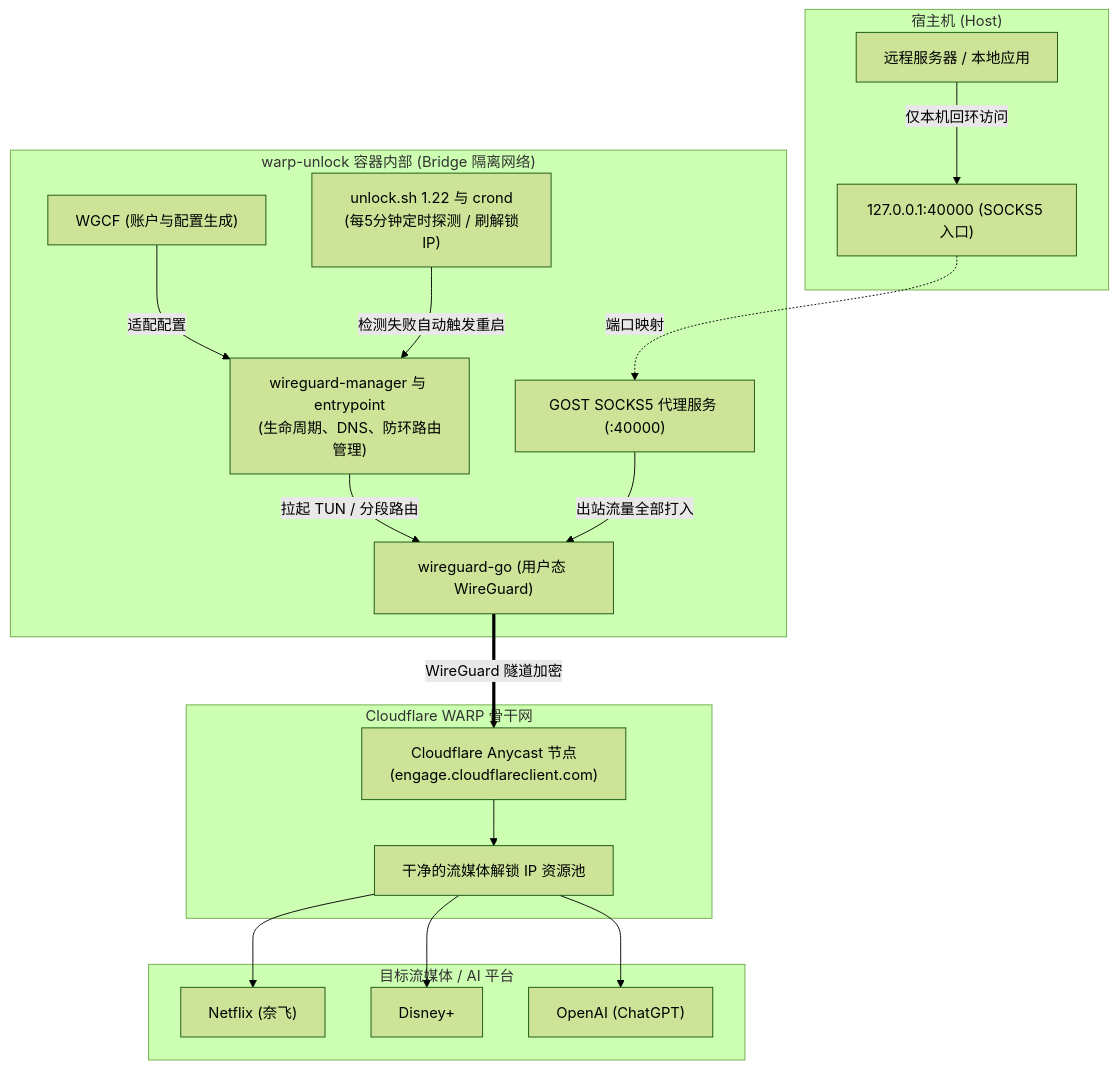
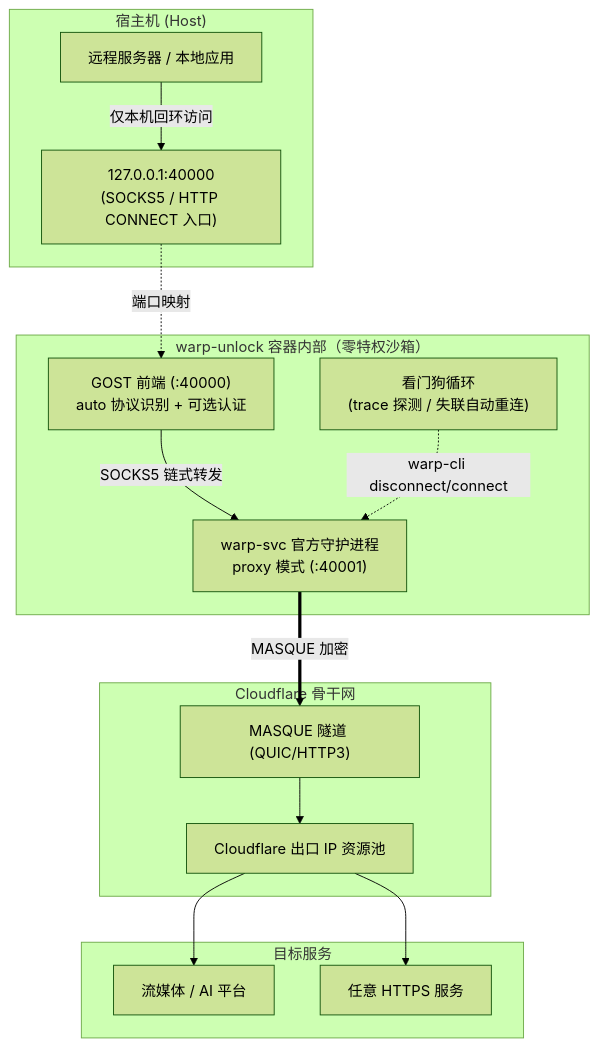
Before and after one commit to hausthy/cloudflare-warp-unlock: the diagram in README.md, drawn with Mermaid (forest theme). The commit also changed other lines of this file and 12 other files, not shown here.

First line of the commit message:
refactor!: rebuild on official WARP client MASQUE architecture (v2.0)

````diff
--- a/README.md
+++ b/README.md
@@ -38,39 +37,31 @@
 ```mermaid
 flowchart TD
     subgraph Host["宿主机 (Host)"]
         Client["远程服务器 / 本地应用"]
-        SocksPort["127.0.0.1:40000 (SOCKS5 入口)"]
+        SocksPort["127.0.0.1:40000<br>(SOCKS5 / HTTP CONNECT 入口)"]
         Client -->|仅本机回环访问| SocksPort
     end
 
-    subgraph Container["warp-unlock 容器内部 (Bridge 隔离网络)"]
-        Gost["GOST SOCKS5 代理服务 (:40000)"]
+    subgraph Container["warp-unlock 容器内部（零特权沙箱）"]
+        Gost["GOST 前端 (:40000)<br>auto 协议识别 + 可选认证"]
+        WarpSvc["warp-svc 官方守护进程<br>proxy 模式 (:40001)"]
+        Watchdog["看门狗循环<br>(trace 探测 / 失联自动重连)"]
         SocksPort -.->|端口映射| Gost
-
-        Manager["wireguard-manager 与 entrypoint<br>(生命周期、DNS、防环路由管理)"]
-        WGCF["WGCF (账户与配置生成)"]
-        WGGo["wireguard-go (用户态 WireGuard)"]
-        Unlock["unlock.sh 1.22 与 crond<br>(每5分钟定时探测 / 刷解锁IP)"]
-
-        WGCF -->|适配配置| Manager
-        Manager -->|拉起 TUN / 分段路由| WGGo
-        Gost -->|出站流量全部打入| WGGo
-        Unlock -->|检测失败自动触发重启| Manager
+        Gost -->|SOCKS5 链式转发| WarpSvc
+        Watchdog -.->|warp-cli disconnect/connect| WarpSvc
     end
 
-    subgraph Cloudflare["Cloudflare WARP 骨干网"]
-        Endpoint["Cloudflare Anycast 节点<br>(engage.cloudflareclient.com)"]
-        CFIP["干净的流媒体解锁 IP 资源池"]
-        WGGo ==>|WireGuard 隧道加密| Endpoint
+    subgraph Cloudflare["Cloudflare 骨干网"]
+        Endpoint["MASQUE 隧道 (QUIC/HTTP3)"]
+        CFIP["Cloudflare 出口 IP 资源池"]
+        WarpSvc ==>|MASQUE 加密| Endpoint
         Endpoint --> CFIP
     end
 
-    subgraph Targets["目标流媒体 / AI 平台"]
-        Netflix["Netflix (奈飞)"]
-        Disney["Disney+"]
-        ChatGPT["OpenAI (ChatGPT)"]
+    subgraph Targets["目标服务"]
+        Netflix["流媒体 / AI 平台"]
+        Any["任意 HTTPS 服务"]
         CFIP --> Netflix
-        CFIP --> Disney
-        CFIP --> ChatGPT
+        CFIP --> Any
     end
 ```
````
